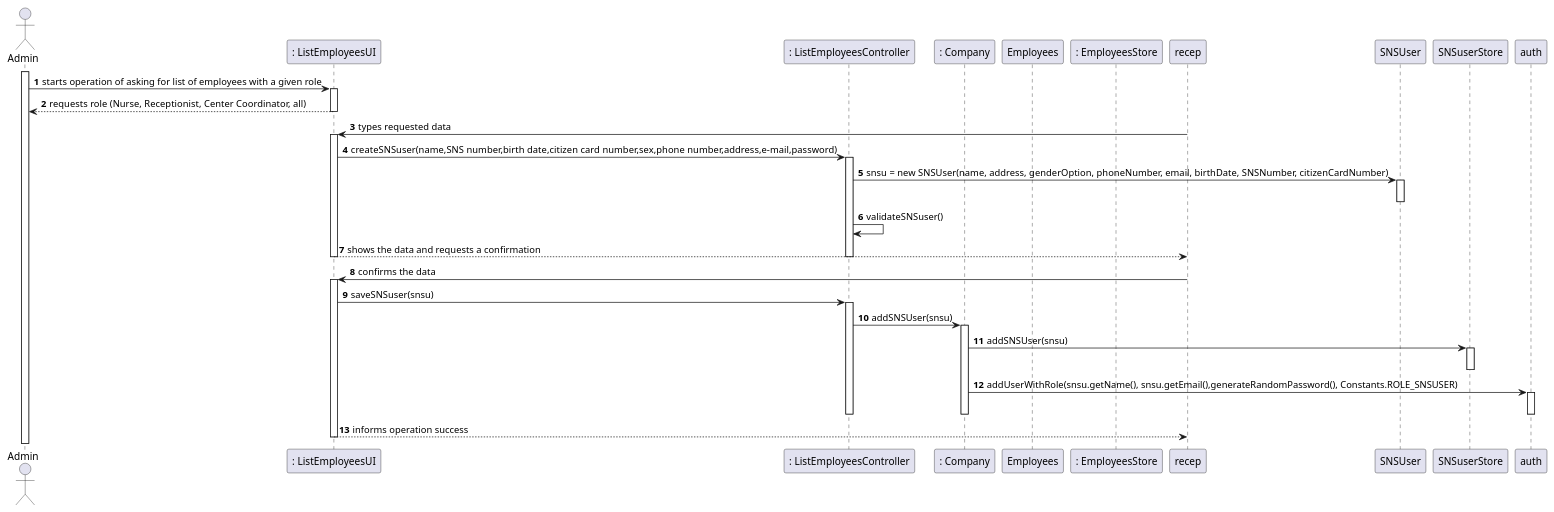
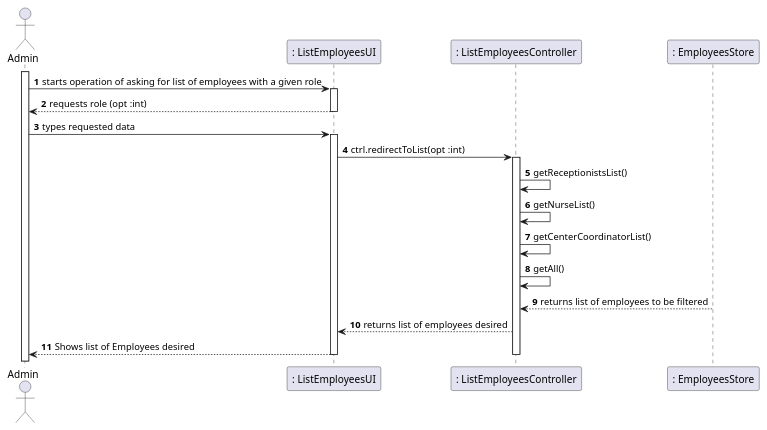
One commit to PedroMesquita1211171/VaccinationManager changed the diagram in docs/SprintB/US/US11/US011_SD.puml. Above: the diagram before and after it, drawn with PlantUML. The commit also changed 7 other files, not shown here.

```diff
--- a/docs/SprintB/US/US11/US011_SD.puml
+++ b/docs/SprintB/US/US11/US011_SD.puml
@@ -1,61 +1,34 @@
 @startuml
 autonumber
 actor "Admin" as admin
 
 participant ": ListEmployeesUI" as UI
 participant ": ListEmployeesController" as Controller
-participant ": Company" as Company
-participant "Employees" as Employees
 participant ": EmployeesStore" as store
 
 activate admin
 admin -> UI :  starts operation of asking for list of employees with a given role
 activate UI
-UI --> admin : requests role (Nurse, Receptionist, Center Coordinator, all)
+UI --> admin : requests role (opt :int)
 deactivate UI
 
-recep -> UI : types requested data
+admin -> UI : types requested data
 activate UI
 
-UI -> Controller : createSNSuser(name,SNS number,birth date,citizen card number,sex,phone number,address,e-mail,password)
+UI -> Controller : ctrl.redirectToList(opt :int)
 activate Controller
 
 
-Controller -> SNSUser : snsu = new SNSUser(name, address, genderOption, phoneNumber, email, birthDate, SNSNumber, citizenCardNumber)
-activate SNSUser
-deactivate SNSUser
+Controller -> Controller : getReceptionistsList()
+Controller -> Controller : getNurseList()
+Controller -> Controller : getCenterCoordinatorList()
+Controller -> Controller : getAll()
+store --> Controller : returns list of employees to be filtered
+Controller --> UI : returns list of employees desired
+UI --> admin : Shows list of Employees desired
 
 
-Controller -> Controller : validateSNSuser()
-
-UI --> recep : shows the data and requests a confirmation
 deactivate UI
 deactivate Controller
 
-recep -> UI : confirms the data
-activate UI
-
-UI -> Controller : saveSNSuser(snsu)
-activate Controller
-
-
-Controller -> Company : addSNSUser(snsu)
-activate Company
-
-
-Company -> SNSuserStore : addSNSUser(snsu)
-activate SNSuserStore
-deactivate SNSuserStore
-
-Company -> auth : addUserWithRole(snsu.getName(), snsu.getEmail(),generateRandomPassword(), Constants.ROLE_SNSUSER)
-activate auth
-deactivate auth
-
-deactivate Controller
-deactivate Company
-
-UI --> recep : informs operation success
-
-deactivate UI
-deactivate recep
 @enduml
```
